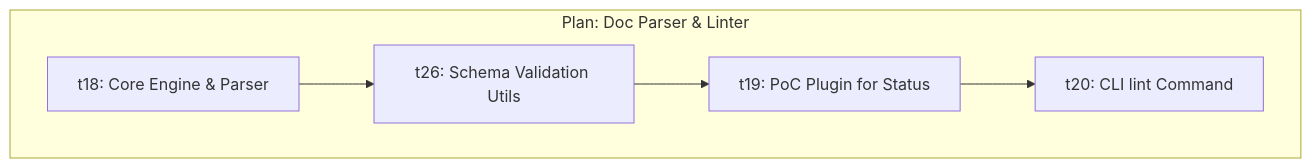
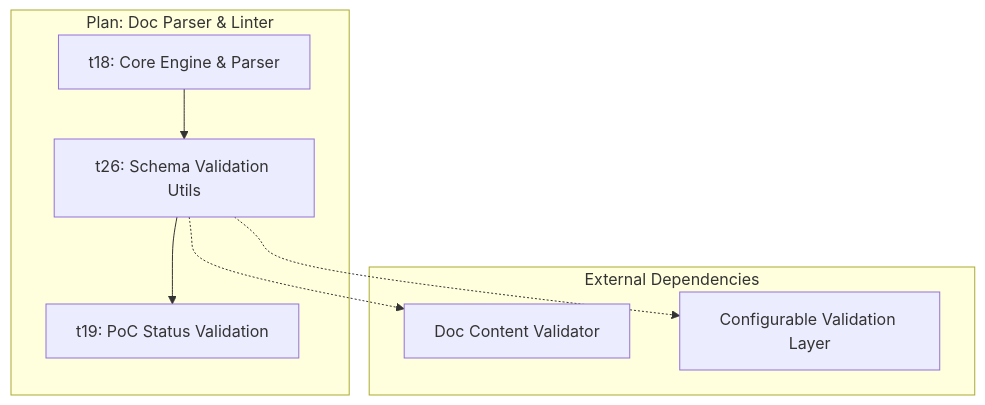
Before and after one commit to livelifelively/documentation-driven-development-tools: the third of 7 diagrams in docs/requirements/p1.p5-doc-parser.plan.md, drawn with Mermaid. The commit also changed other lines of this file and 2 other files, not shown here.

````diff
--- a/docs/requirements/p1.p5-doc-parser.plan.md
+++ b/docs/requirements/p1.p5-doc-parser.plan.md
@@ -163,13 +172,19 @@
 ```mermaid
 graph TD
     subgraph "Plan: Doc Parser & Linter"
         t18["t18: Core Engine & Parser"]
         t26["t26: Schema Validation Utils"]
-        t19["t19: PoC Plugin for Status"]
-        t20["t20: CLI lint Command"]
+        t19["t19: PoC Status Validation"]
+    end
+
+    subgraph "External Dependencies"
+        p6["Doc Content Validator"]
+        p8["Configurable Validation Layer"]
     end
 
     t18 --> t26
     t26 --> t19
-    t19 --> t20
+    t26 -.-> p6
+    t26 -.-> p8
+
 ```
````
